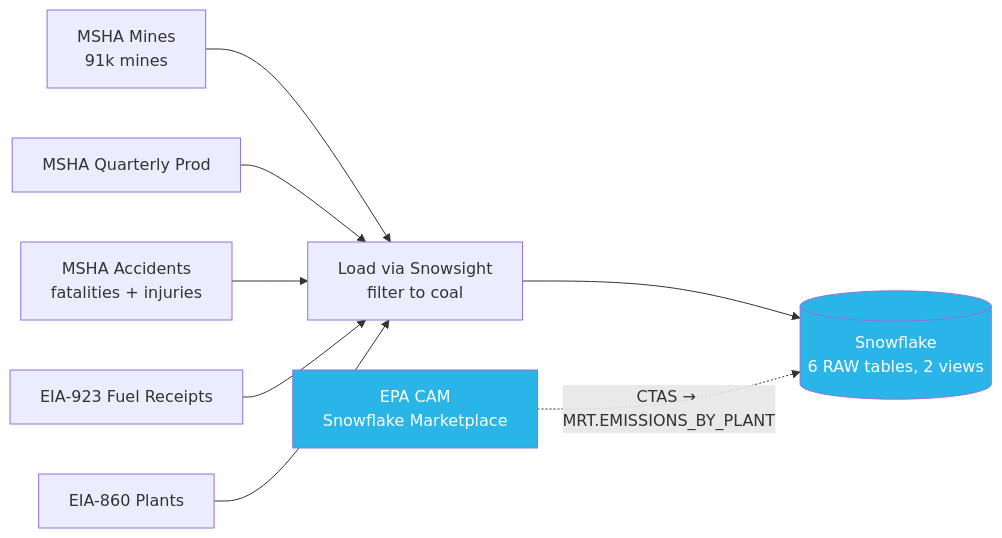
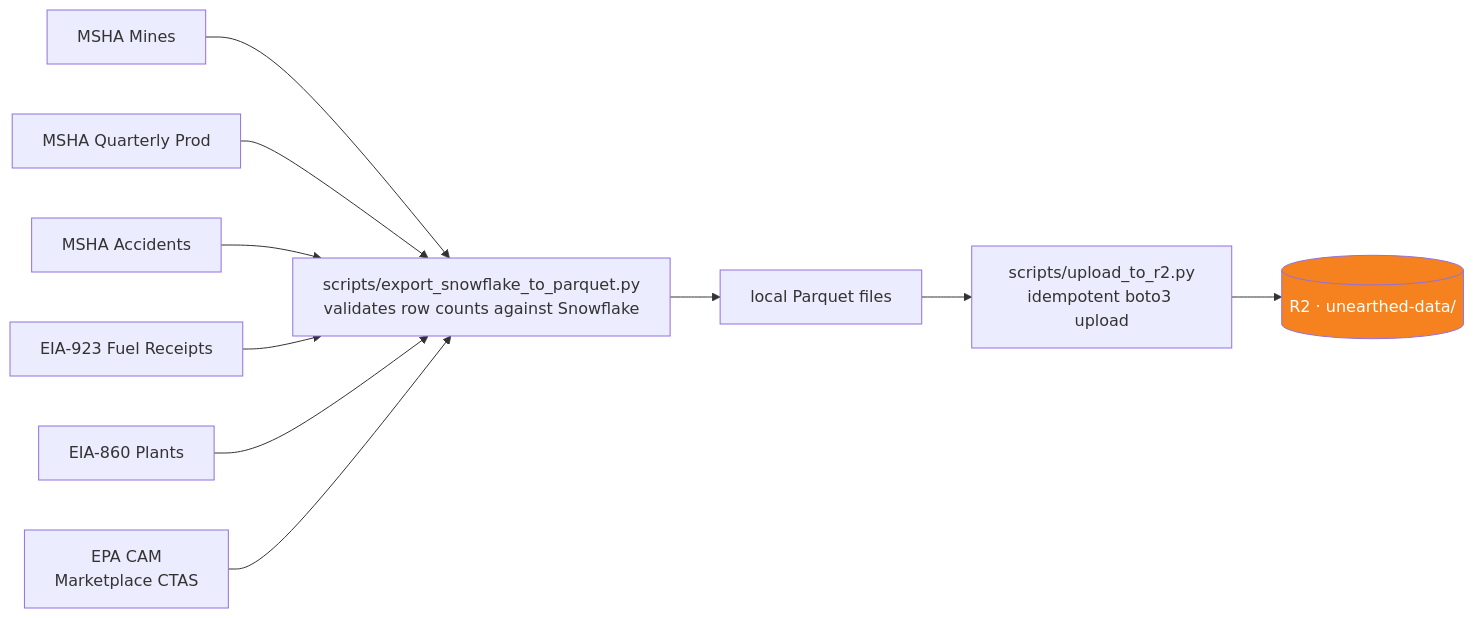
Before and after one commit to anchildress1/unearthed: the second of 4 diagrams in system-diagram.md, drawn with Mermaid. The commit also changed other lines of this file and 26 other files, not shown here.

````diff
--- a/system-diagram.md
+++ b/system-diagram.md
@@ -67,12 +68,13 @@
 ```mermaid
 flowchart LR
-    MSHA1[MSHA Mines<br/>91k mines] --> LOAD
-    MSHA2[MSHA Quarterly Prod] --> LOAD
-    MSHA3[MSHA Accidents<br/>fatalities + injuries] --> LOAD
-    EIA1[EIA-923 Fuel Receipts] --> LOAD
-    EIA2[EIA-860 Plants] --> LOAD
-    LOAD[Load via Snowsight<br/>filter to coal] --> DB[(Snowflake<br/>6 RAW tables, 2 views)]
-    MKT[EPA CAM<br/>Snowflake Marketplace] -.->|CTAS → MRT.EMISSIONS_BY_PLANT| DB
-    style DB fill:#29b5e8,color:#fff
-    style MKT fill:#29b5e8,color:#fff
+    MSHA1[MSHA Mines] --> EXP
+    MSHA2[MSHA Quarterly Prod] --> EXP
+    MSHA3[MSHA Accidents] --> EXP
+    EIA1[EIA-923 Fuel Receipts] --> EXP
+    EIA2[EIA-860 Plants] --> EXP
+    MKT[EPA CAM<br/>Marketplace CTAS] --> EXP
+    EXP["scripts/export_snowflake_to_parquet.py<br/>validates row counts against Snowflake"] --> LOCAL[local Parquet files]
+    LOCAL --> UP["scripts/upload_to_r2.py<br/>idempotent boto3 upload"]
+    UP --> R2[(R2 · unearthed-data/)]
+    style R2 fill:#f6821f,color:#fff
 ```
````
